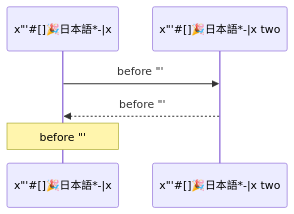
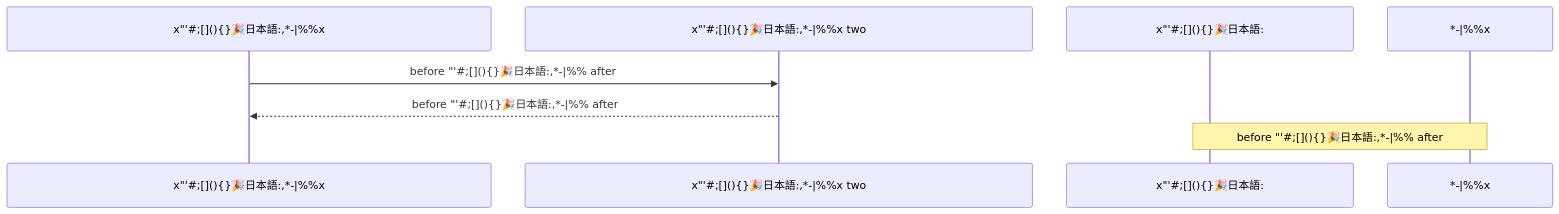
One commit to nao1215/markdown changed the diagram in doc/edgecase/sequence.md. Above: the diagram before and after it, drawn with Mermaid. The commit also changed 8 other files, not shown here.

First line of the commit message:
fix(mermaid): escape the punctuation a sequence diagram reads as syntax (#169)

````diff
--- a/doc/edgecase/sequence.md
+++ b/doc/edgecase/sequence.md
@@ -5,8 +5,8 @@
 ```mermaid
 sequenceDiagram
-    participant x"'#[]🎉日本語*-|x
-    participant x"'#[]🎉日本語*-|x two
-    x"'#[]🎉日本語*-|x->>x"'#[]🎉日本語*-|x two: before "'#[]🎉日本語*-| after
-    x"'#[]🎉日本語*-|x two-->>x"'#[]🎉日本語*-|x: before "'#[]🎉日本語*-| after
-    note over x"'#[]🎉日本語*-|x: before "'#[]🎉日本語*-| after
+    participant x"'##59;[]#40;#41;{}🎉日本語#58;#44;*#45;|#37;#37;x
+    participant x"'##59;[]#40;#41;{}🎉日本語#58;#44;*#45;|#37;#37;x two
+    x"'##59;[]#40;#41;{}🎉日本語#58;#44;*#45;|#37;#37;x->>x"'##59;[]#40;#41;{}🎉日本語#58;#44;*#45;|#37;#37;x two: before "'#35;#59;[](){}🎉日本語:,*-|%% after
+    x"'##59;[]#40;#41;{}🎉日本語#58;#44;*#45;|#37;#37;x two-->>x"'##59;[]#40;#41;{}🎉日本語#58;#44;*#45;|#37;#37;x: before "'#35;#59;[](){}🎉日本語:,*-|%% after
+    note over x"'##59;[]#40;#41;{}🎉日本語#58;,*#45;|#37;#37;x: before "'#35;#59;[](){}🎉日本語:,*-|%% after
 ```
````
